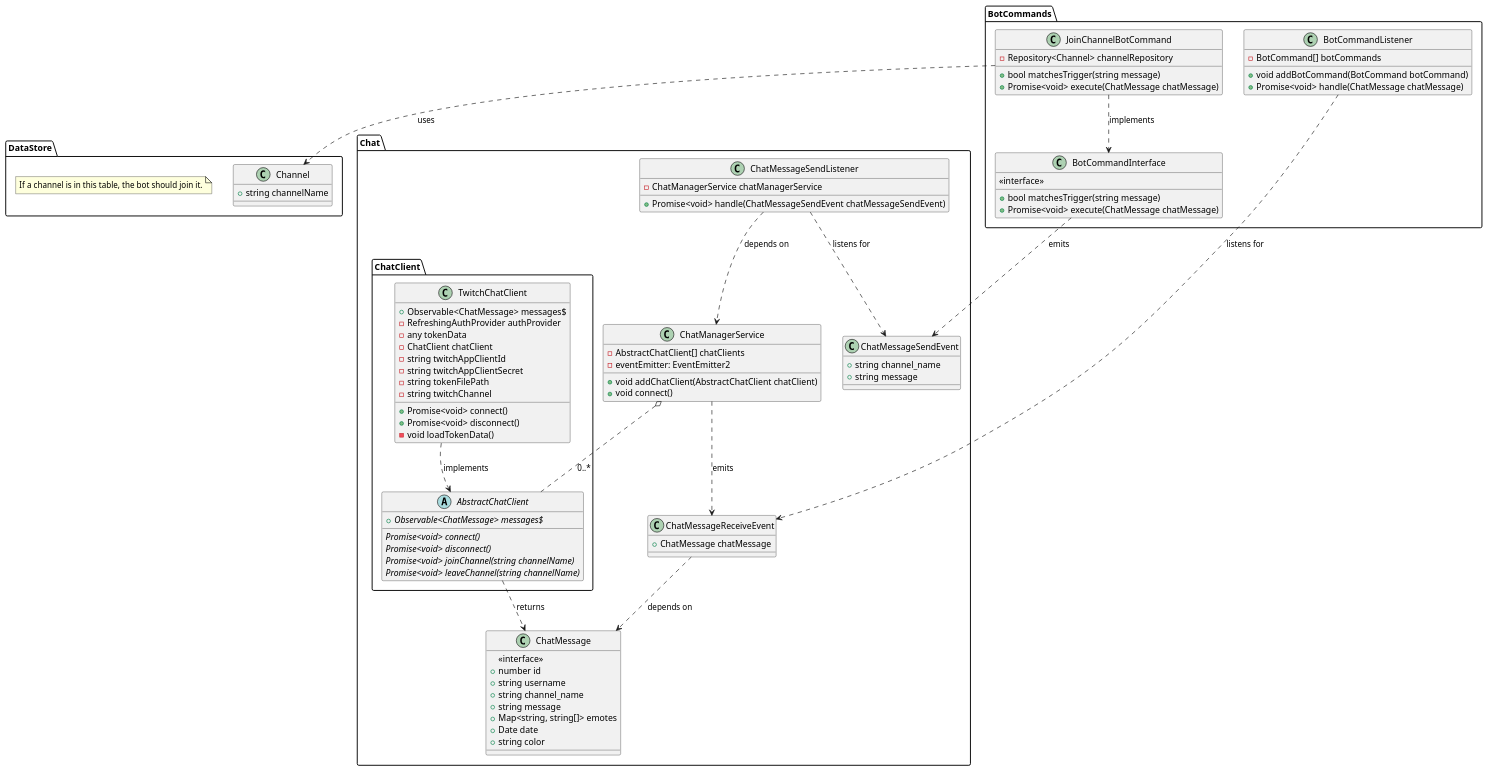
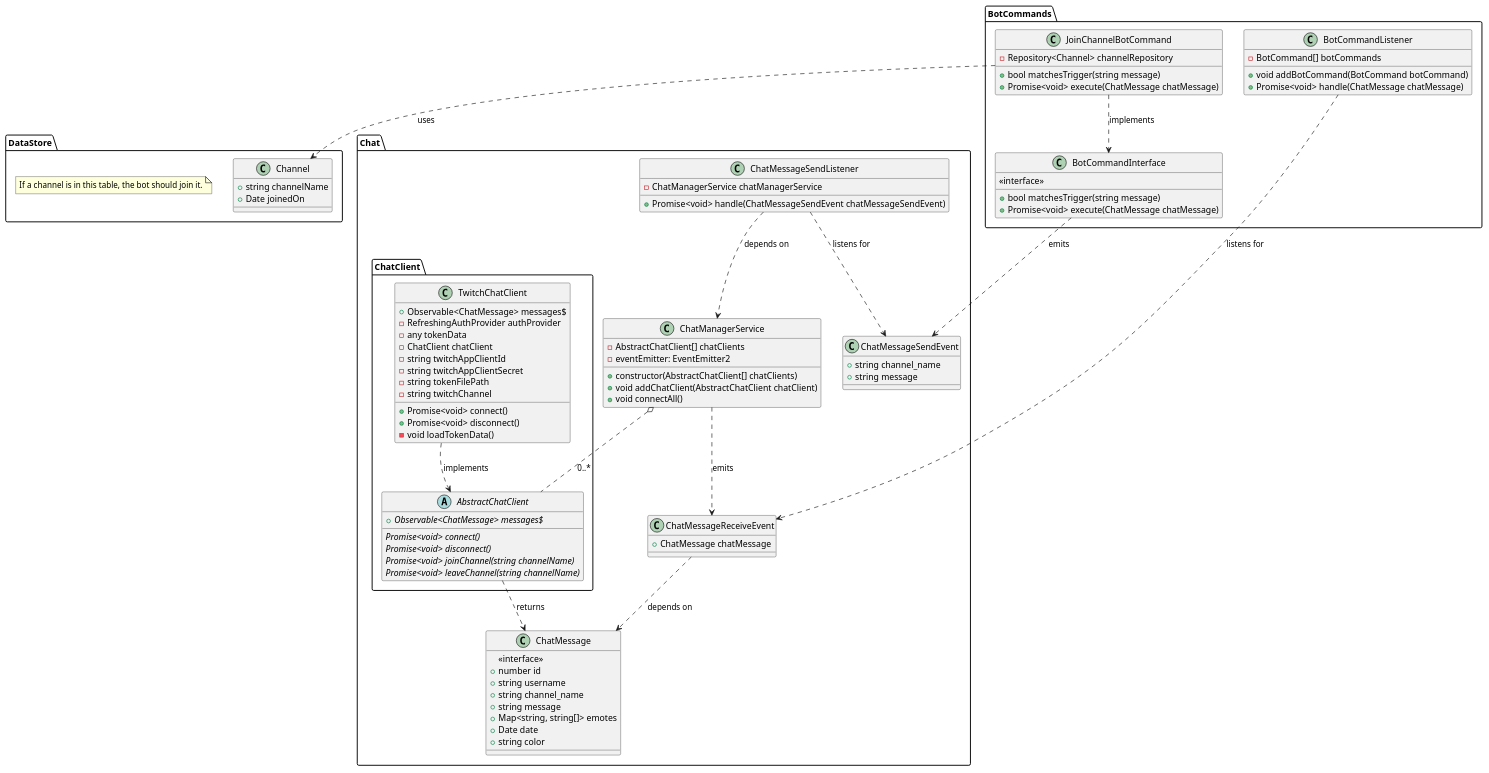
Before and after one commit to steglasaurous/queuebot: the diagram in docs/class-diagram.puml, drawn with PlantUML. The commit also changed 18 other files, not shown here.

```diff
--- a/docs/class-diagram.puml
+++ b/docs/class-diagram.puml
@@ -1,105 +1,107 @@
 @startuml
     package DataStore {
         class Channel {
             +string channelName
+            +Date joinedOn
         }
 
         note as N1
             If a channel is in this table, the bot should join it.
         endnote
     }
 
     package Chat {
         class ChatMessage {
             <<interface>>
             +number id
             +string username
             +string channel_name
             +string message
             +Map<string, string[]> emotes
             +Date date
             +string color
         }
         package ChatClient {
             abstract class AbstractChatClient {
                 {abstract} Promise<void> connect()
                 {abstract} Promise<void> disconnect()
                 {abstract} +Observable<ChatMessage> messages$
                 {abstract} Promise<void> joinChannel(string channelName)
                 {abstract} Promise<void> leaveChannel(string channelName)
             }
 
             class TwitchChatClient {
                 +Observable<ChatMessage> messages$
                 -RefreshingAuthProvider authProvider
                 -any tokenData
                 -ChatClient chatClient
                 -string twitchAppClientId
                 -string twitchAppClientSecret
                 -string tokenFilePath
                 -string twitchChannel
                 +Promise<void> connect()
                 +Promise<void> disconnect()
                 -void loadTokenData()
             }
 
             TwitchChatClient ..> AbstractChatClient : implements
             AbstractChatClient ..> ChatMessage : returns
         }
 
         class ChatManagerService {
             -AbstractChatClient[] chatClients
             -eventEmitter: EventEmitter2
+            +constructor(AbstractChatClient[] chatClients)
             +void addChatClient(AbstractChatClient chatClient)
-            +void connect()
+            +void connectAll()
         }
 
         class ChatMessageReceiveEvent {
             +ChatMessage chatMessage
         }
 
         class ChatMessageSendEvent {
             +string channel_name
             +string message
         }
 
         class ChatMessageSendListener {
             -ChatManagerService chatManagerService
             +Promise<void> handle(ChatMessageSendEvent chatMessageSendEvent)
         }
 
         ChatManagerService ..> ChatMessageReceiveEvent: emits
         ChatMessageSendListener ..> ChatMessageSendEvent: listens for
         ChatMessageSendListener ..> ChatManagerService: depends on
         ChatMessageReceiveEvent ..> ChatMessage: depends on
         ChatManagerService o.. AbstractChatClient: 0..*
     }
 
     package BotCommands {
         class BotCommandInterface {
             <<interface>>
             +bool matchesTrigger(string message)
             +Promise<void> execute(ChatMessage chatMessage)
         }
 
         class BotCommandListener {
             -BotCommand[] botCommands
             +void addBotCommand(BotCommand botCommand)
             +Promise<void> handle(ChatMessage chatMessage)
         }
 
         BotCommandListener ..> ChatMessageReceiveEvent: listens for
         BotCommandInterface ..> ChatMessageSendEvent: emits
 
         class JoinChannelBotCommand {
             -Repository<Channel> channelRepository
             +bool matchesTrigger(string message)
             +Promise<void> execute(ChatMessage chatMessage)
         }
 
         JoinChannelBotCommand ..> BotCommandInterface: implements
         JoinChannelBotCommand ..> Channel: uses
     }
 
 
 @enduml
```
